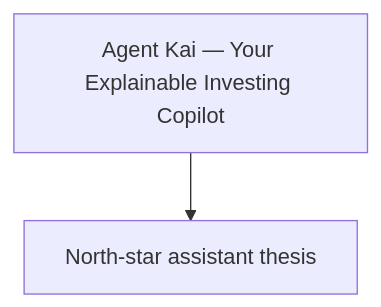
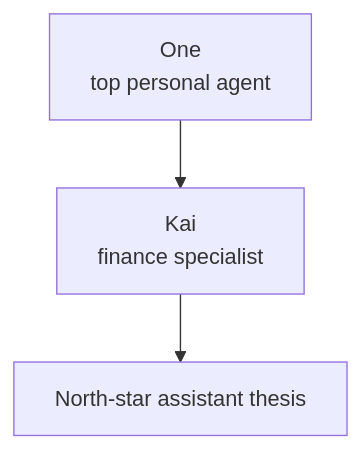
Before and after one commit to hushh-labs/hushh-research: the diagram in docs/vision/kai/README.md, drawn with Mermaid. The commit also changed other lines of this file and 64 other files, not shown here.

````diff
--- a/docs/vision/kai/README.md
+++ b/docs/vision/kai/README.md
@@ -8,6 +8,8 @@
 ```mermaid
 flowchart TD
-  root["Agent Kai — Your Explainable Investing Copilot"]
+  one["One<br/>top personal agent"]
+  root["Kai<br/>finance specialist"]
   n1["North-star assistant thesis"]
+  one --> root
   root --> n1
 ```
````
